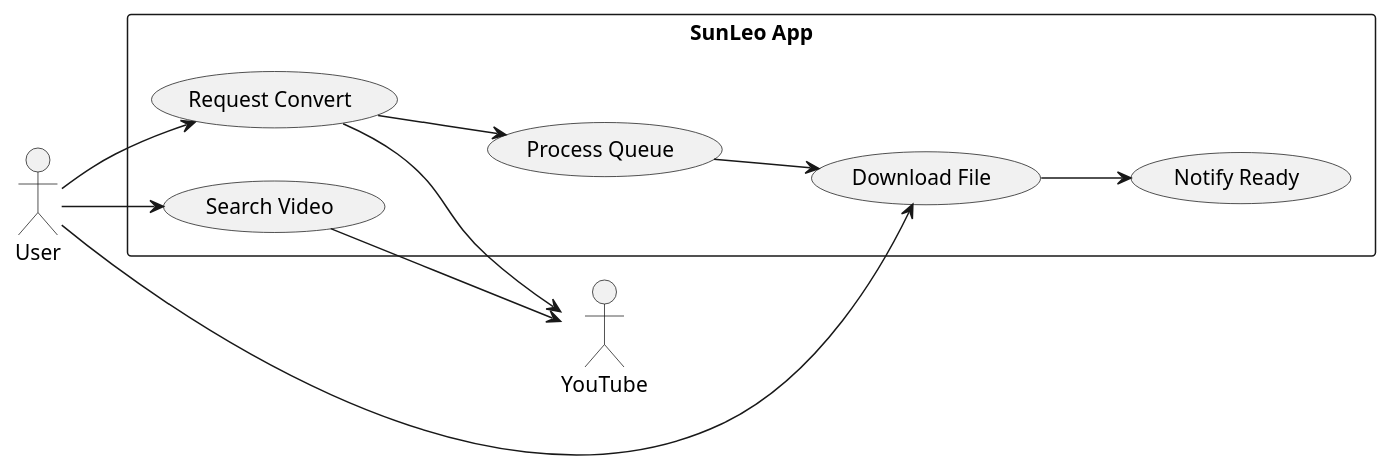
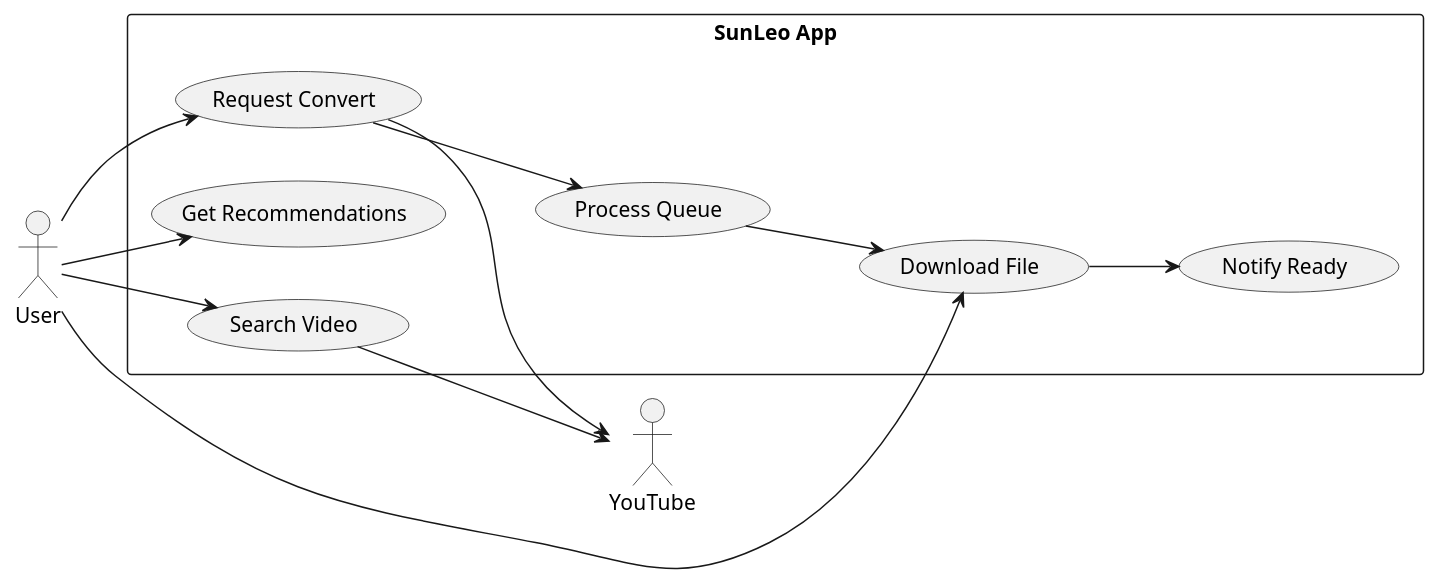
The diagram in UMLDiagrams/UML/01-use-case.puml (ShouryaAswal/SunLeo), drawn with PlantUML before and after one commit. The commit also changed 7 other files, not shown here.

Commit message:
updated UML and CLASS

```diff
--- a/UMLDiagrams/UML/01-use-case.puml
+++ b/UMLDiagrams/UML/01-use-case.puml
@@ -1,24 +1,26 @@
 @startuml
 left to right direction
 
 actor User
 actor "YouTube" as YouTube
 
 rectangle "SunLeo App" {
   usecase "Search Video" as UCSearch
+  usecase "Get Recommendations" as UCRecommend
   usecase "Request Convert" as UCConvert
   usecase "Process Queue" as UCQueue
   usecase "Download File" as UCDownload
   usecase "Notify Ready" as UCNotify
 }
 
 User --> UCSearch
+User --> UCRecommend
 User --> UCConvert
 User --> UCDownload
 UCConvert --> UCQueue
 UCQueue --> UCDownload
 UCDownload --> UCNotify
 UCSearch --> YouTube
 UCConvert --> YouTube
 
 @enduml
```
